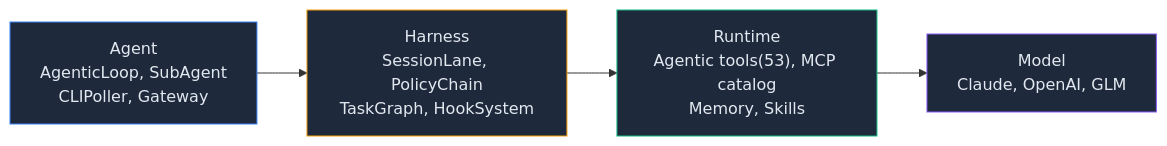
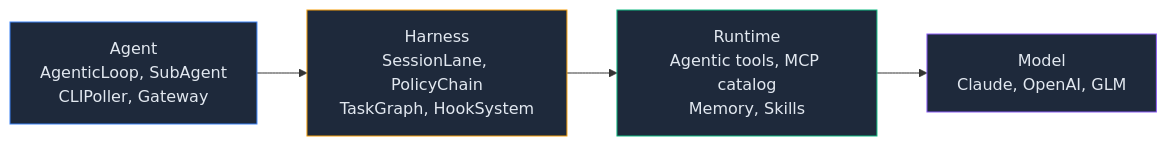
The diagram in README.ko.md (mangowhoiscloud/geode), drawn with Mermaid before and after one commit. The commit also changed other lines of this file and 66 other files, not shown here.

````diff
--- a/README.ko.md
+++ b/README.ko.md
@@ -423,11 +446,11 @@
 ```mermaid
 graph LR
     AG["Agent<br/>AgenticLoop, SubAgent<br/>CLIPoller, Gateway"] --> HA["Harness<br/>SessionLane, PolicyChain<br/>TaskGraph, HookSystem"]
-    HA --> RT["Runtime<br/>Agentic tools(53), MCP catalog<br/>Memory, Skills"]
+    HA --> RT["Runtime<br/>Agentic tools, MCP catalog<br/>Memory, Skills"]
     RT --> MD["Model<br/>Claude, OpenAI, GLM"]
 
     style AG fill:#1e293b,stroke:#3b82f6,color:#e2e8f0
     style HA fill:#1e293b,stroke:#f59e0b,color:#e2e8f0
     style RT fill:#1e293b,stroke:#10b981,color:#e2e8f0
     style MD fill:#1e293b,stroke:#8b5cf6,color:#e2e8f0
 ```
````
